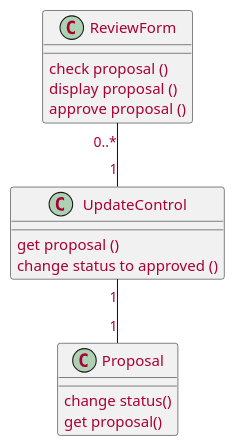
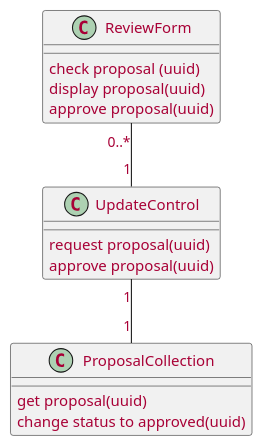
Diagram 13 of 14 in source/solution/use-case-design.rst (McSinyx/ipppi), drawn with PlantUML before and after one commit. The commit also changed other lines of this file and 4 other files, not shown here.

```diff
--- a/source/solution/use-case-design.rst
+++ b/source/solution/use-case-design.rst
@@ -334,22 +441,22 @@
 .. uml::
 
    skinparam defaultFontColor #a80036
 
    class ReviewForm {
-      check proposal ()
-      display proposal ()
-      approve proposal ()
+      check proposal (uuid)
+      display proposal(uuid)
+      approve proposal(uuid)
    }
 
    class UpdateControl {
-      get proposal ()
-      change status to approved ()
+      request proposal(uuid)
+      approve proposal(uuid)
    }
 
-   class Proposal {
-      change status()
-      get proposal()
+   class ProposalCollection {
+      get proposal(uuid)
+      change status to approved(uuid)
    }
 
    ReviewForm "0..*" -- "1" UpdateControl
-   UpdateControl "1" -- "1" Proposal
+   UpdateControl "1" -- "1" ProposalCollection
```
